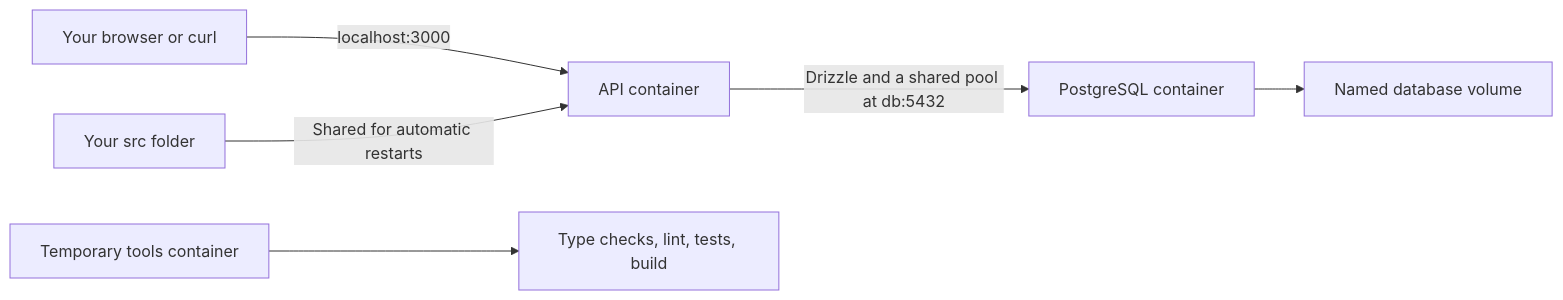
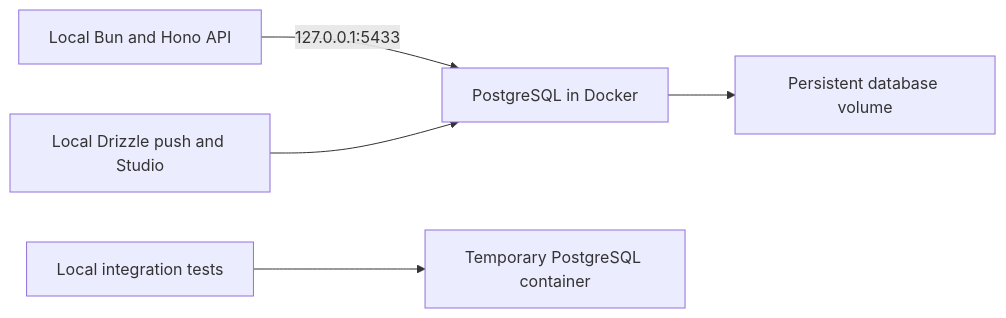
Before and after one commit to jaminwebdev/hono-drizzle-api: the diagram in README.md, drawn with Mermaid. The commit also changed other lines of this file and 22 other files, not shown here.

````diff
--- a/README.md
+++ b/README.md
@@ -49,8 +36,7 @@
 ```mermaid
 flowchart LR
-    Client["Your browser or curl"] -->|"localhost:3000"| API["API container"]
-    Source["Your src folder"] -->|"Shared for automatic restarts"| API
-    API -->|"Drizzle and a shared pool at db:5432"| DB["PostgreSQL container"]
-    DB --> Data["Named database volume"]
-    Tools["Temporary tools container"] --> Checks["Type checks, lint, tests, build"]
+    API["Local Bun and Hono API"] -->|"127.0.0.1:5433"| DB["PostgreSQL in Docker"]
+    Drizzle["Local Drizzle push and Studio"] --> DB
+    DB --> Data["Persistent database volume"]
+    Tests["Local integration tests"] --> TestDB["Temporary PostgreSQL container"]
 ```
````
